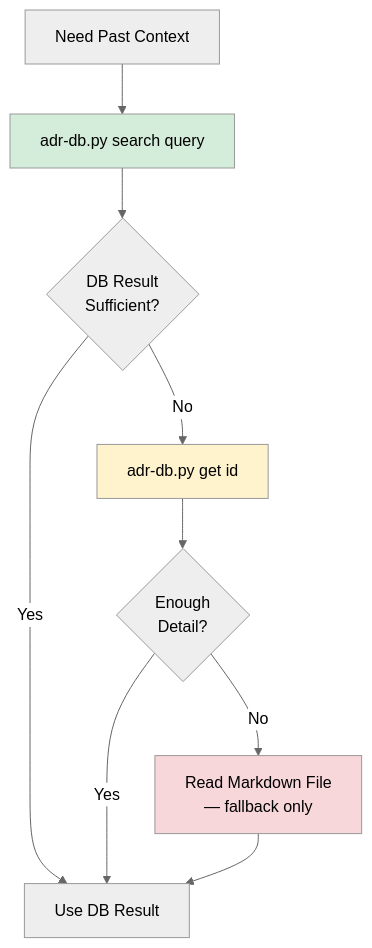
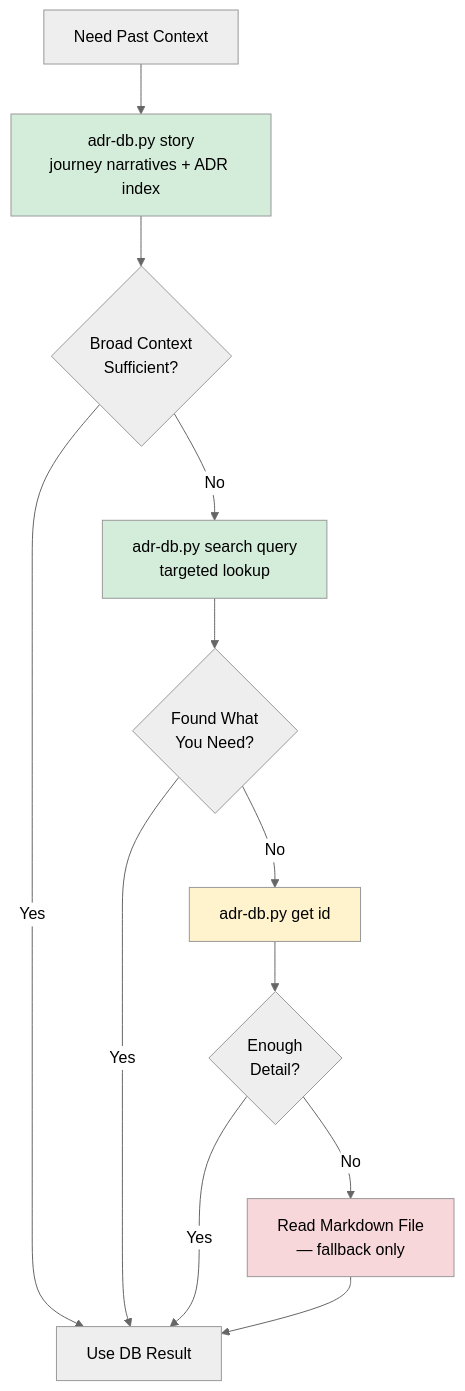
Before and after one commit to McFuzzySquirrel/Engineering-Journey-System: the fifth of 6 diagrams in ejs-docs/session-lifecycle-patterns.md, drawn with Mermaid (neutral theme). The commit also changed other lines of this file and 2 other files, not shown here.

First line of the commit message:
Update docs to document story command as preferred agent workflow

````diff
--- a/ejs-docs/session-lifecycle-patterns.md
+++ b/ejs-docs/session-lifecycle-patterns.md
@@ -311,15 +314,19 @@
 ```mermaid
 flowchart TD
-    Need[Need Past Context] --> DBSearch[adr-db.py search query]
-    DBSearch --> Sufficient{DB Result<br/>Sufficient?}
+    Need[Need Past Context] --> Story[adr-db.py story<br/>journey narratives + ADR index]
+    Story --> Sufficient{Broad Context<br/>Sufficient?}
     Sufficient -->|Yes| Use[Use DB Result]
-    Sufficient -->|No| DBGet[adr-db.py get id]
+    Sufficient -->|No| DBSearch[adr-db.py search query<br/>targeted lookup]
+    DBSearch --> Found{Found What<br/>You Need?}
+    Found -->|Yes| Use
+    Found -->|No| DBGet[adr-db.py get id]
     DBGet --> Enough{Enough<br/>Detail?}
     Enough -->|Yes| Use
     Enough -->|No| ReadMD[Read Markdown File<br/>— fallback only]
     ReadMD --> Use
 
+    style Story fill:#d4edda
     style DBSearch fill:#d4edda
     style DBGet fill:#fff3cd
     style ReadMD fill:#f8d7da
 ```
````
